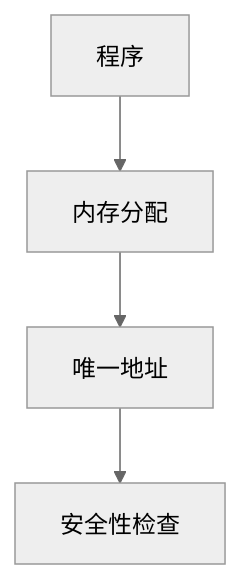
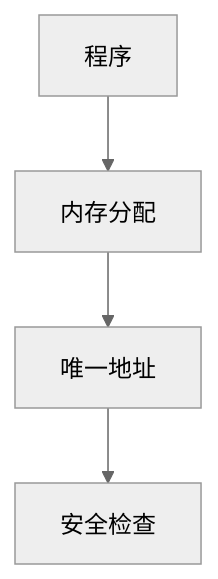
One commit to martin-ly/rust-lang changed the first of 4 diagrams in formal_rust/refactor/01_core_theory/03_memory_model/01_memory_model_theory.md. Above: the diagram before and after it, drawn with Mermaid (neutral theme). The commit also changed other lines of this file and 5740 other files, not shown here.

````diff
--- a/formal_rust/refactor/01_core_theory/03_memory_model/01_memory_model_theory.md
+++ b/formal_rust/refactor/01_core_theory/03_memory_model/01_memory_model_theory.md
@@ -100,6 +100,6 @@
 ```mermaid
 graph TD
   A["程序"] --> B["内存分配"]
   B --> C["唯一地址"]
-  C --> D["安全性检查"]
+  C --> D["安全检查"]
 ```
````
